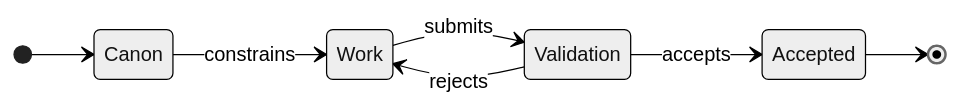
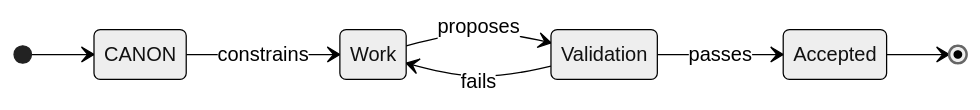
One commit to canonic-machine/canonic changed the first of 3 diagrams in canonic.md. Above: the diagram before and after it, drawn with Mermaid (neutral theme). The commit also changed other lines of this file, not shown here.

````diff
--- a/canonic.md
+++ b/canonic.md
@@ -66,16 +76,11 @@
 ```mermaid
 stateDiagram-v2
   direction LR
 
-  state "Canon" as C
-  state "Work" as W
-  state "Validation" as V
-  state "Accepted" as A
-
-  [*] --> C
-  C --> W: constrains
-  W --> V: submits
-  V --> A: accepts
-  V --> W: rejects
-  A --> [*]
+  [*] --> CANON
+  CANON --> Work: constrains
+  Work --> Validation: proposes
+  Validation --> Accepted: passes
+  Validation --> Work: fails
+  Accepted --> [*]
 ```
````
